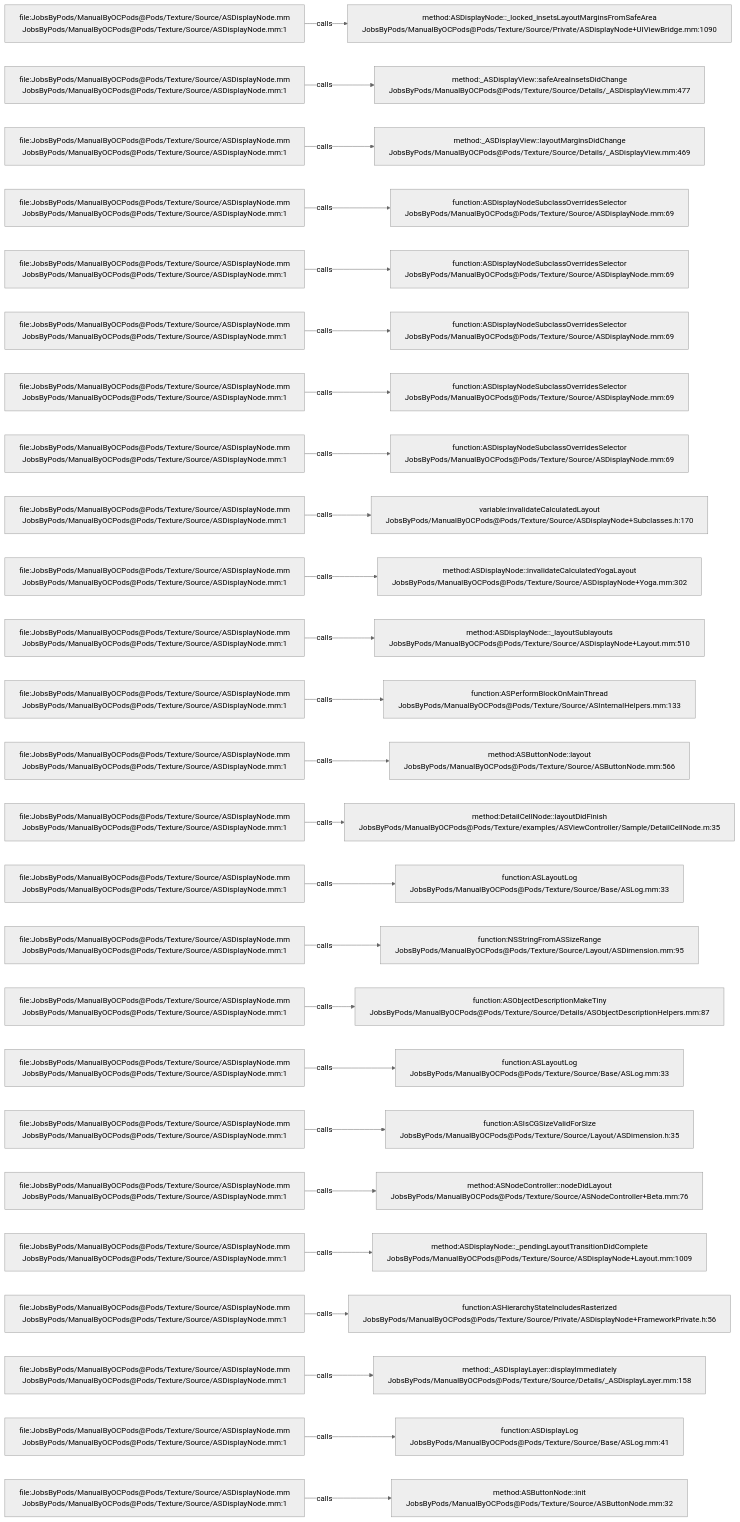
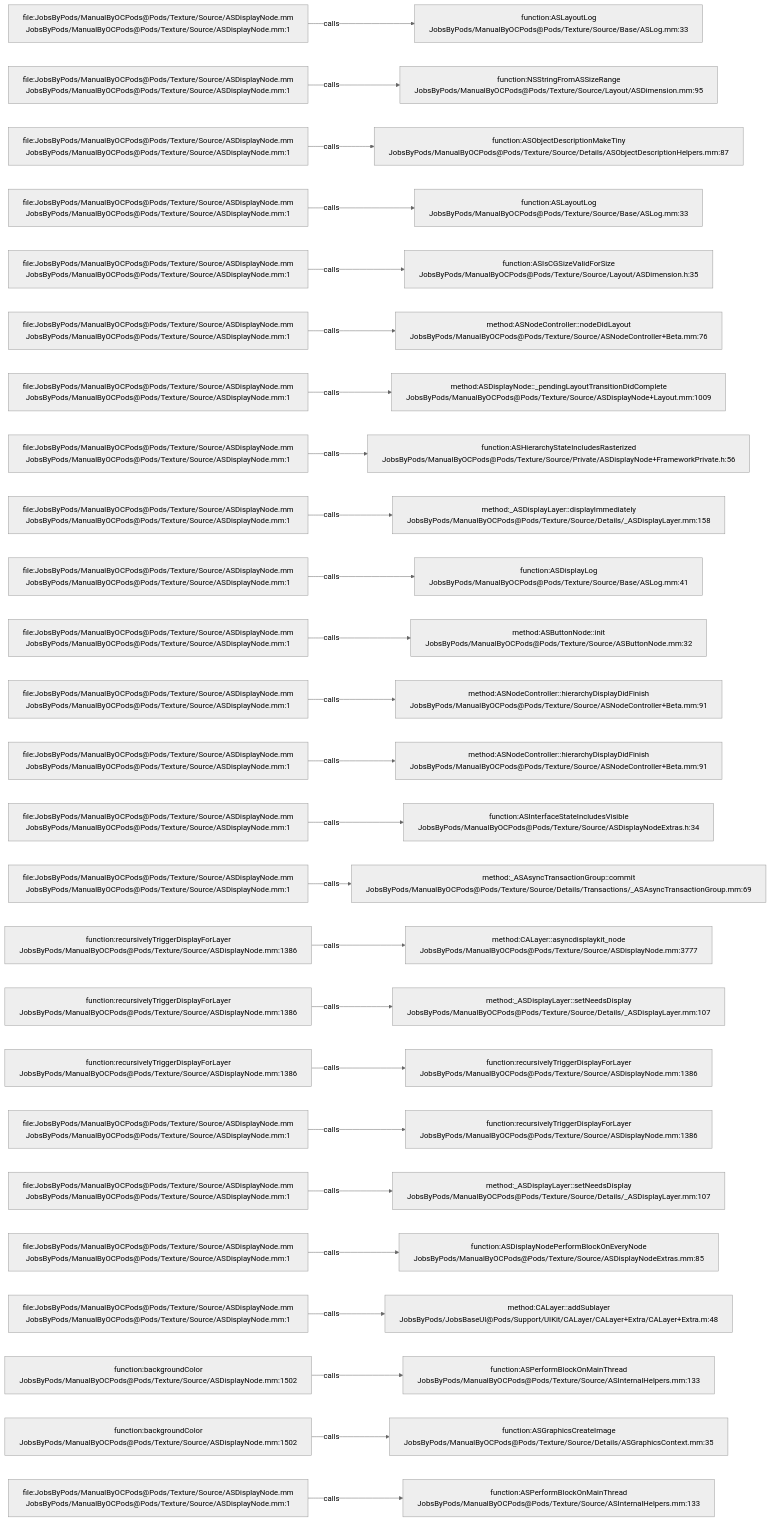
Before and after one commit to JobsKits/JobsOCBaseConfigDemo: the diagram in .codegraph/codegraph.md/graphs/calls-100.md, drawn with Mermaid (neutral theme). The commit also changed 296 other files, not shown here.

````diff
--- a/.codegraph/codegraph.md/graphs/calls-100.md
+++ b/.codegraph/codegraph.md/graphs/calls-100.md
@@ -13,78 +13,78 @@
 ```mermaid
 flowchart LR
   S1["file:JobsByPods/ManualByOCPods@Pods/Texture/Source/ASDisplayNode.mm<br/>JobsByPods/ManualByOCPods@Pods/Texture/Source/ASDisplayNode.mm:1"]
-  T1["method:ASDisplayNode::_locked_insetsLayoutMarginsFromSafeArea<br/>JobsByPods/ManualByOCPods@Pods/Texture/Source/Private/ASDisplayNode+UIViewBridge.mm:1090"]
+  T1["function:ASLayoutLog<br/>JobsByPods/ManualByOCPods@Pods/Texture/Source/Base/ASLog.mm:33"]
   S1 -->|calls| T1
   S2["file:JobsByPods/ManualByOCPods@Pods/Texture/Source/ASDisplayNode.mm<br/>JobsByPods/ManualByOCPods@Pods/Texture/Source/ASDisplayNode.mm:1"]
-  T2["method:_ASDisplayView::safeAreaInsetsDidChange<br/>JobsByPods/ManualByOCPods@Pods/Texture/Source/Details/_ASDisplayView.mm:477"]
+  T2["function:NSStringFromASSizeRange<br/>JobsByPods/ManualByOCPods@Pods/Texture/Source/Layout/ASDimension.mm:95"]
   S2 -->|calls| T2
   S3["file:JobsByPods/ManualByOCPods@Pods/Texture/Source/ASDisplayNode.mm<br/>JobsByPods/ManualByOCPods@Pods/Texture/Source/ASDisplayNode.mm:1"]
-  T3["method:_ASDisplayView::layoutMarginsDidChange<br/>JobsByPods/ManualByOCPods@Pods/Texture/Source/Details/_ASDisplayView.mm:469"]
+  T3["function:ASObjectDescriptionMakeTiny<br/>JobsByPods/ManualByOCPods@Pods/Texture/Source/Details/ASObjectDescriptionHelpers.mm:87"]
   S3 -->|calls| T3
   S4["file:JobsByPods/ManualByOCPods@Pods/Texture/Source/ASDisplayNode.mm<br/>JobsByPods/ManualByOCPods@Pods/Texture/Source/ASDisplayNode.mm:1"]
-  T4["function:ASDisplayNodeSubclassOverridesSelector<br/>JobsByPods/ManualByOCPods@Pods/Texture/Source/ASDisplayNode.mm:69"]
+  T4["function:ASLayoutLog<br/>JobsByPods/ManualByOCPods@Pods/Texture/Source/Base/ASLog.mm:33"]
   S4 -->|calls| T4
   S5["file:JobsByPods/ManualByOCPods@Pods/Texture/Source/ASDisplayNode.mm<br/>JobsByPods/ManualByOCPods@Pods/Texture/Source/ASDisplayNode.mm:1"]
-  T5["function:ASDisplayNodeSubclassOverridesSelector<br/>JobsByPods/ManualByOCPods@Pods/Texture/Source/ASDisplayNode.mm:69"]
+  T5["function:ASIsCGSizeValidForSize<br/>JobsByPods/ManualByOCPods@Pods/Texture/Source/Layout/ASDimension.h:35"]
   S5 -->|calls| T5
   S6["file:JobsByPods/ManualByOCPods@Pods/Texture/Source/ASDisplayNode.mm<br/>JobsByPods/ManualByOCPods@Pods/Texture/Source/ASDisplayNode.mm:1"]
-  T6["function:ASDisplayNodeSubclassOverridesSelector<br/>JobsByPods/ManualByOCPods@Pods/Texture/Source/ASDisplayNode.mm:69"]
+  T6["method:ASNodeController::nodeDidLayout<br/>JobsByPods/ManualByOCPods@Pods/Texture/Source/ASNodeController+Beta.mm:76"]
   S6 -->|calls| T6
   S7["file:JobsByPods/ManualByOCPods@Pods/Texture/Source/ASDisplayNode.mm<br/>JobsByPods/ManualByOCPods@Pods/Texture/Source/ASDisplayNode.mm:1"]
-  T7["function:ASDisplayNodeSubclassOverridesSelector<br/>JobsByPods/ManualByOCPods@Pods/Texture/Source/ASDisplayNode.mm:69"]
+  T7["method:ASDisplayNode::_pendingLayoutTransitionDidComplete<br/>JobsByPods/ManualByOCPods@Pods/Texture/Source/ASDisplayNode+Layout.mm:1009"]
   S7 -->|calls| T7
   S8["file:JobsByPods/ManualByOCPods@Pods/Texture/Source/ASDisplayNode.mm<br/>JobsByPods/ManualByOCPods@Pods/Texture/Source/ASDisplayNode.mm:1"]
-  T8["function:ASDisplayNodeSubclassOverridesSelector<br/>JobsByPods/ManualByOCPods@Pods/Texture/Source/ASDisplayNode.mm:69"]
+  T8["function:ASHierarchyStateIncludesRasterized<br/>JobsByPods/ManualByOCPods@Pods/Texture/Source/Private/ASDisplayNode+FrameworkPrivate.h:56"]
   S8 -->|calls| T8
   S9["file:JobsByPods/ManualByOCPods@Pods/Texture/Source/ASDisplayNode.mm<br/>JobsByPods/ManualByOCPods@Pods/Texture/Source/ASDisplayNode.mm:1"]
-  T9["variable:invalidateCalculatedLayout<br/>JobsByPods/ManualByOCPods@Pods/Texture/Source/ASDisplayNode+Subclasses.h:170"]
+  T9["method:_ASDisplayLayer::displayImmediately<br/>JobsByPods/ManualByOCPods@Pods/Texture/Source/Details/_ASDisplayLayer.mm:158"]
   S9 -->|calls| T9
   S10["file:JobsByPods/ManualByOCPods@Pods/Texture/Source/ASDisplayNode.mm<br/>JobsByPods/ManualByOCPods@Pods/Texture/Source/ASDisplayNode.mm:1"]
-  T10["method:ASDisplayNode::invalidateCalculatedYogaLayout<br/>JobsByPods/ManualByOCPods@Pods/Texture/Source/ASDisplayNode+Yoga.mm:302"]
+  T10["function:ASDisplayLog<br/>JobsByPods/ManualByOCPods@Pods/Texture/Source/Base/ASLog.mm:41"]
   S10 -->|calls| T10
   S11["file:JobsByPods/ManualByOCPods@Pods/Texture/Source/ASDisplayNode.mm<br/>JobsByPods/ManualByOCPods@Pods/Texture/Source/ASDisplayNode.mm:1"]
-  T11["method:ASDisplayNode::_layoutSublayouts<br/>JobsByPods/ManualByOCPods@Pods/Texture/Source/ASDisplayNode+Layout.mm:510"]
+  T11["method:ASButtonNode::init<br/>JobsByPods/ManualByOCPods@Pods/Texture/Source/ASButtonNode.mm:32"]
   S11 -->|calls| T11
   S12["file:JobsByPods/ManualByOCPods@Pods/Texture/Source/ASDisplayNode.mm<br/>JobsByPods/ManualByOCPods@Pods/Texture/Source/ASDisplayNode.mm:1"]
-  T12["function:ASPerformBlockOnMainThread<br/>JobsByPods/ManualByOCPods@Pods/Texture/Source/ASInternalHelpers.mm:133"]
+  T12["method:ASNodeController::hierarchyDisplayDidFinish<br/>JobsByPods/ManualByOCPods@Pods/Texture/Source/ASNodeController+Beta.mm:91"]
   S12 -->|calls| T12
   S13["file:JobsByPods/ManualByOCPods@Pods/Texture/Source/ASDisplayNode.mm<br/>JobsByPods/ManualByOCPods@Pods/Texture/Source/ASDisplayNode.mm:1"]
-  T13["method:ASButtonNode::layout<br/>JobsByPods/ManualByOCPods@Pods/Texture/Source/ASButtonNode.mm:566"]
+  T13["method:ASNodeController::hierarchyDisplayDidFinish<br/>JobsByPods/ManualByOCPods@Pods/Texture/Source/ASNodeController+Beta.mm:91"]
   S13 -->|calls| T13
   S14["file:JobsByPods/ManualByOCPods@Pods/Texture/Source/ASDisplayNode.mm<br/>JobsByPods/ManualByOCPods@Pods/Texture/Source/ASDisplayNode.mm:1"]
-  T14["method:DetailCellNode::layoutDidFinish<br/>JobsByPods/ManualByOCPods@Pods/Texture/examples/ASViewController/Sample/DetailCellNode.m:35"]
+  T14["function:ASInterfaceStateIncludesVisible<br/>JobsByPods/ManualByOCPods@Pods/Texture/Source/ASDisplayNodeExtras.h:34"]
   S14 -->|calls| T14
   S15["file:JobsByPods/ManualByOCPods@Pods/Texture/Source/ASDisplayNode.mm<br/>JobsByPods/ManualByOCPods@Pods/Texture/Source/ASDisplayNode.mm:1"]
-  T15["function:ASLayoutLog<br/>JobsByPods/ManualByOCPods@Pods/Texture/Source/Base/ASLog.mm:33"]
+  T15["method:_ASAsyncTransactionGroup::commit<br/>JobsByPods/ManualByOCPods@Pods/Texture/Source/Details/Transactions/_ASAsyncTransactionGroup.mm:69"]
   S15 -->|calls| T15
-  S16["file:JobsByPods/ManualByOCPods@Pods/Texture/Source/ASDisplayNode.mm<br/>JobsByPods/ManualByOCPods@Pods/Texture/Source/ASDisplayNode.mm:1"]
-  T16["function:NSStringFromASSizeRange<br/>JobsByPods/ManualByOCPods@Pods/Texture/Source/Layout/ASDimension.mm:95"]
+  S16["function:recursivelyTriggerDisplayForLayer<br/>JobsByPods/ManualByOCPods@Pods/Texture/Source/ASDisplayNode.mm:1386"]
+  T16["method:CALayer::asyncdisplaykit_node<br/>JobsByPods/ManualByOCPods@Pods/Texture/Source/ASDisplayNode.mm:3777"]
   S16 -->|calls| T16
-  S17["file:JobsByPods/ManualByOCPods@Pods/Texture/Source/ASDisplayNode.mm<br/>JobsByPods/ManualByOCPods@Pods/Texture/Source/ASDisplayNode.mm:1"]
-  T17["function:ASObjectDescriptionMakeTiny<br/>JobsByPods/ManualByOCPods@Pods/Texture/Source/Details/ASObjectDescriptionHelpers.mm:87"]
+  S17["function:recursivelyTriggerDisplayForLayer<br/>JobsByPods/ManualByOCPods@Pods/Texture/Source/ASDisplayNode.mm:1386"]
+  T17["method:_ASDisplayLayer::setNeedsDisplay<br/>JobsByPods/ManualByOCPods@Pods/Texture/Source/Details/_ASDisplayLayer.mm:107"]
   S17 -->|calls| T17
-  S18["file:JobsByPods/ManualByOCPods@Pods/Texture/Source/ASDisplayNode.mm<br/>JobsByPods/ManualByOCPods@Pods/Texture/Source/ASDisplayNode.mm:1"]
-  T18["function:ASLayoutLog<br/>JobsByPods/ManualByOCPods@Pods/Texture/Source/Base/ASLog.mm:33"]
+  S18["function:recursivelyTriggerDisplayForLayer<br/>JobsByPods/ManualByOCPods@Pods/Texture/Source/ASDisplayNode.mm:1386"]
+  T18["function:recursivelyTriggerDisplayForLayer<br/>JobsByPods/ManualByOCPods@Pods/Texture/Source/ASDisplayNode.mm:1386"]
   S18 -->|calls| T18
   S19["file:JobsByPods/ManualByOCPods@Pods/Texture/Source/ASDisplayNode.mm<br/>JobsByPods/ManualByOCPods@Pods/Texture/Source/ASDisplayNode.mm:1"]
-  T19["function:ASIsCGSizeValidForSize<br/>JobsByPods/ManualByOCPods@Pods/Texture/Source/Layout/ASDimension.h:35"]
+  T19["function:recursivelyTriggerDisplayForLayer<br/>JobsByPods/ManualByOCPods@Pods/Texture/Source/ASDisplayNode.mm:1386"]
   S19 -->|calls| T19
   S20["file:JobsByPods/ManualByOCPods@Pods/Texture/Source/ASDisplayNode.mm<br/>JobsByPods/ManualByOCPods@Pods/Texture/Source/ASDisplayNode.mm:1"]
-  T20["method:ASNodeController::nodeDidLayout<br/>JobsByPods/ManualByOCPods@Pods/Texture/Source/ASNodeController+Beta.mm:76"]
+  T20["method:_ASDisplayLayer::setNeedsDisplay<br/>JobsByPods/ManualByOCPods@Pods/Texture/Source/Details/_ASDisplayLayer.mm:107"]
   S20 -->|calls| T20
   S21["file:JobsByPods/ManualByOCPods@Pods/Texture/Source/ASDisplayNode.mm<br/>JobsByPods/ManualByOCPods@Pods/Texture/Source/ASDisplayNode.mm:1"]
-  T21["method:ASDisplayNode::_pendingLayoutTransitionDidComplete<br/>JobsByPods/ManualByOCPods@Pods/Texture/Source/ASDisplayNode+Layout.mm:1009"]
+  T21["function:ASDisplayNodePerformBlockOnEveryNode<br/>JobsByPods/ManualByOCPods@Pods/Texture/Source/ASDisplayNodeExtras.mm:85"]
   S21 -->|calls| T21
   S22["file:JobsByPods/ManualByOCPods@Pods/Texture/Source/ASDisplayNode.mm<br/>JobsByPods/ManualByOCPods@Pods/Texture/Source/ASDisplayNode.mm:1"]
-  T22["function:ASHierarchyStateIncludesRasterized<br/>JobsByPods/ManualByOCPods@Pods/Texture/Source/Private/ASDisplayNode+FrameworkPrivate.h:56"]
+  T22["method:CALayer::addSublayer<br/>JobsByPods/JobsBaseUI@Pods/Support/UIKit/CALayer/CALayer+Extra/CALayer+Extra.m:48"]
   S22 -->|calls| T22
-  S23["file:JobsByPods/ManualByOCPods@Pods/Texture/Source/ASDisplayNode.mm<br/>JobsByPods/ManualByOCPods@Pods/Texture/Source/ASDisplayNode.mm:1"]
-  T23["method:_ASDisplayLayer::displayImmediately<br/>JobsByPods/ManualByOCPods@Pods/Texture/Source/Details/_ASDisplayLayer.mm:158"]
+  S23["function:backgroundColor<br/>JobsByPods/ManualByOCPods@Pods/Texture/Source/ASDisplayNode.mm:1502"]
+  T23["function:ASPerformBlockOnMainThread<br/>JobsByPods/ManualByOCPods@Pods/Texture/Source/ASInternalHelpers.mm:133"]
   S23 -->|calls| T23
-  S24["file:JobsByPods/ManualByOCPods@Pods/Texture/Source/ASDisplayNode.mm<br/>JobsByPods/ManualByOCPods@Pods/Texture/Source/ASDisplayNode.mm:1"]
-  T24["function:ASDisplayLog<br/>JobsByPods/ManualByOCPods@Pods/Texture/Source/Base/ASLog.mm:41"]
+  S24["function:backgroundColor<br/>JobsByPods/ManualByOCPods@Pods/Texture/Source/ASDisplayNode.mm:1502"]
+  T24["function:ASGraphicsCreateImage<br/>JobsByPods/ManualByOCPods@Pods/Texture/Source/Details/ASGraphicsContext.mm:35"]
   S24 -->|calls| T24
   S25["file:JobsByPods/ManualByOCPods@Pods/Texture/Source/ASDisplayNode.mm<br/>JobsByPods/ManualByOCPods@Pods/Texture/Source/ASDisplayNode.mm:1"]
-  T25["method:ASButtonNode::init<br/>JobsByPods/ManualByOCPods@Pods/Texture/Source/ASButtonNode.mm:32"]
+  T25["function:ASPerformBlockOnMainThread<br/>JobsByPods/ManualByOCPods@Pods/Texture/Source/ASInternalHelpers.mm:133"]
   S25 -->|calls| T25
 ```
````
